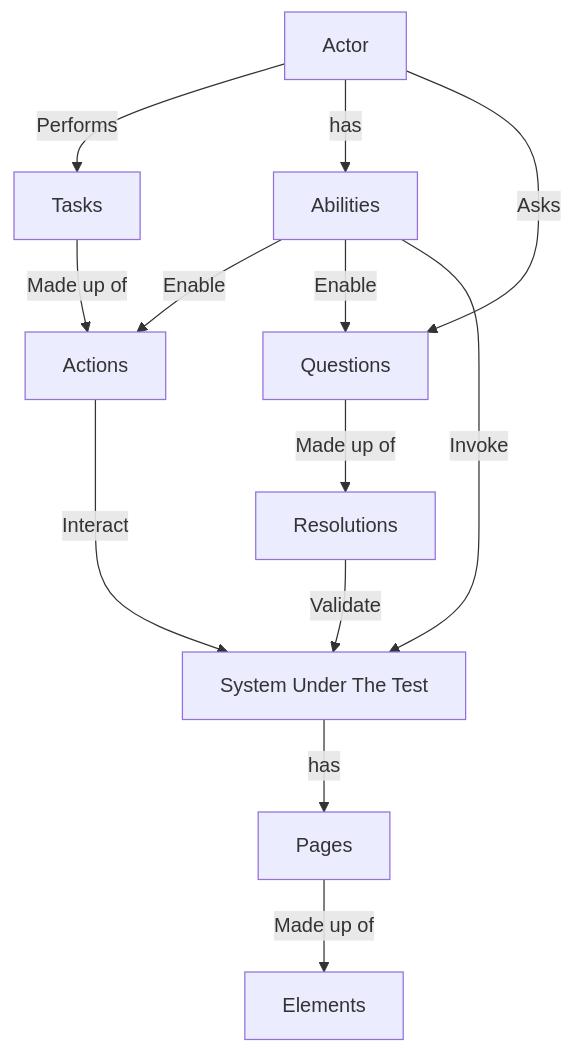
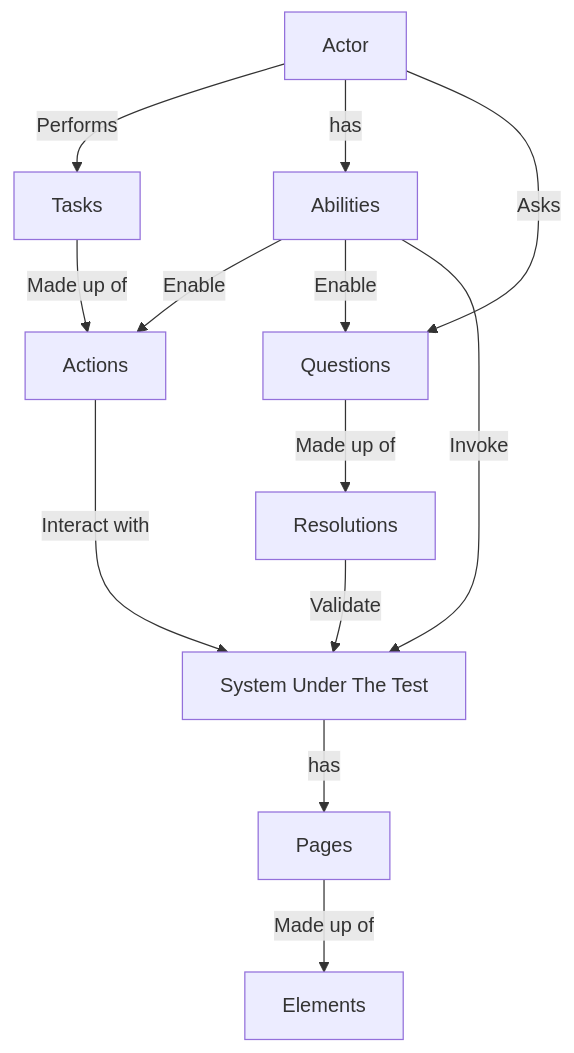
One commit to AlirezaSoltaniJazi/python-playwright-pytest-screenplay changed the diagram in screenplay_pattern.md. Above: the diagram before and after it, drawn with Mermaid.

Commit message:
Update diagram

````diff
--- a/screenplay_pattern.md
+++ b/screenplay_pattern.md
@@ -13,15 +13,15 @@
 ```mermaid
 flowchart TD
     A[Actor] -- Performs --> D
     A[Actor] -- has --> B
     A[Actor] -- Asks --> E
     B[Abilities] -- Enable --> C & E
     B[Abilities] -- Invoke --> G
-    C[Actions] -- Interact --> G
+    C[Actions] -- Interact with --> G
     D[Tasks] -- Made up of --> C
     E[Questions] -- Made up of --> F
     F[Resolutions] -- Validate --> G
     G[System Under The Test] -- has --> H
     H[Pages] -- Made up of --> I
     I[Elements]
 ```
````
